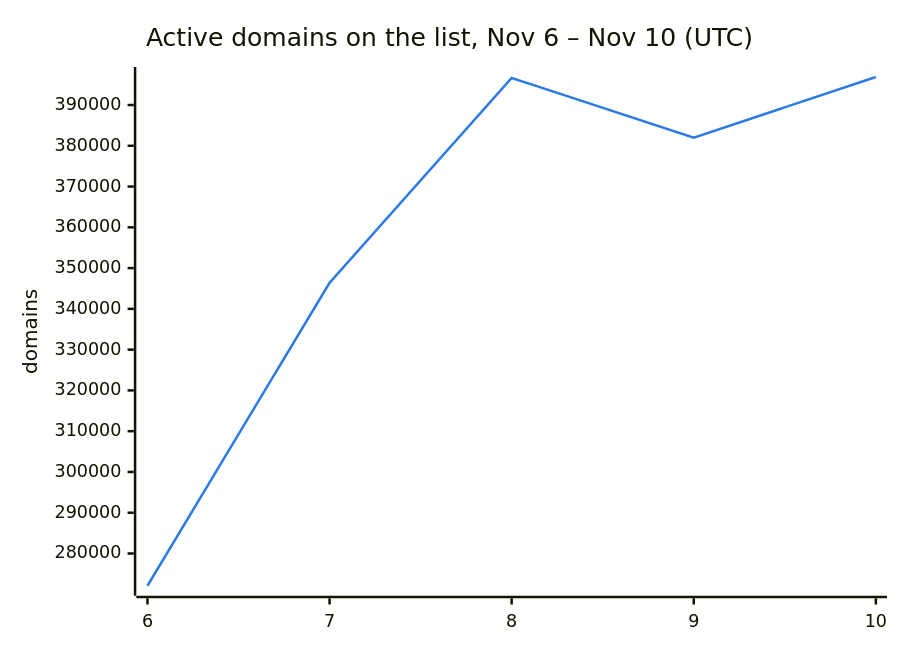
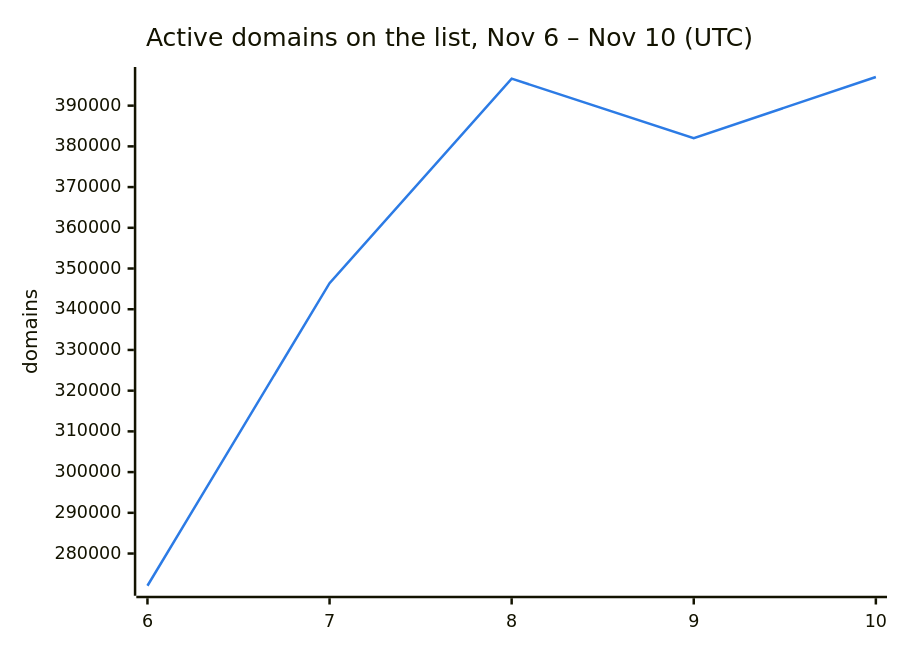
Before and after one commit to DNSBunker/CTI: the second of 3 diagrams in README.md, drawn with Mermaid. The commit also changed other lines of this file and 3 other files, not shown here.

````diff
--- a/README.md
+++ b/README.md
@@ -38,8 +38,8 @@
 ```mermaid
 %%{init: {"themeVariables": {"xyChart": {"plotColorPalette": "#2c7be5"}}}}%%
 xychart-beta
     title "Active domains on the list, Nov 6 – Nov 10 (UTC)"
     x-axis ["6", "7", "8", "9", "10"]
     y-axis "domains"
-    line [272088, 346388, 396638, 382009, 396870]
+    line [272088, 346388, 396638, 382009, 397035]
 ```
````
